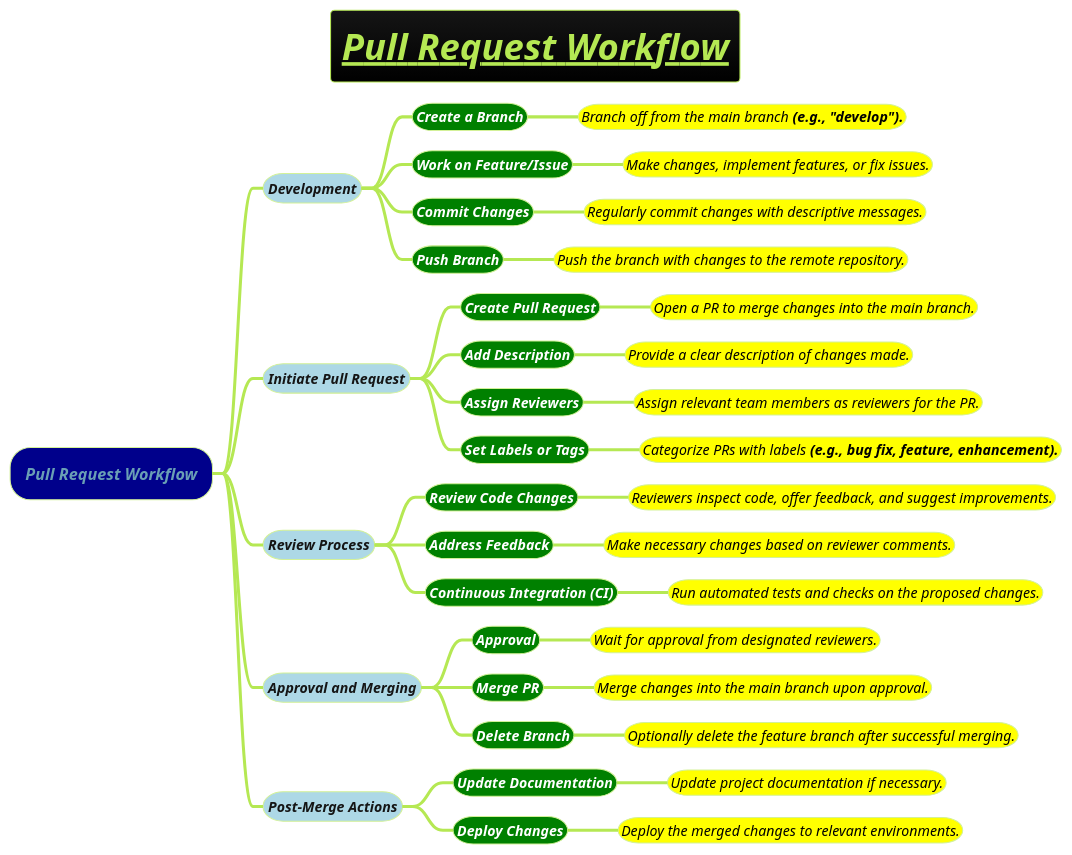
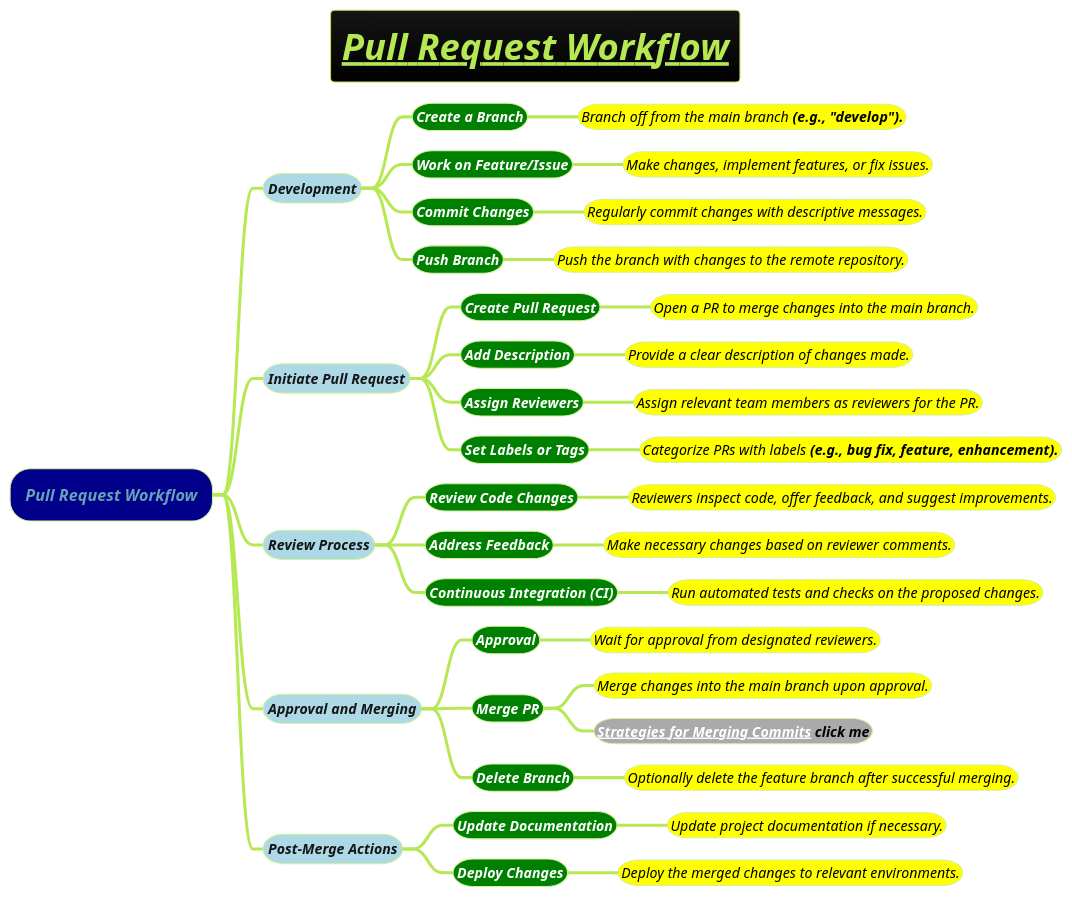
Before and after one commit to MehmoodHashmi/Documentation-as-Code-DaC: the diagram in docs/3-devops/git/Pull-Request-Workflow.puml, drawn with PlantUML. The commit also changed 4 other files, not shown here.

```diff
--- a/docs/3-devops/git/Pull-Request-Workflow.puml
+++ b/docs/3-devops/git/Pull-Request-Workflow.puml
@@ -1,43 +1,45 @@
 @startmindmap
 title =<i><b><u>Pull Request Workflow
 !theme hacker
 
 *[#darkblue] <i>Pull Request Workflow
 **[#lightblue] <i><color #blac><size:14>Development
 ***[#green] <b><i><color #white><size:14>Create a Branch
 ****[#yellow] <i><color #black><size:14>Branch off from the main branch <b>(e.g., "develop").
 ***[#green] <b><i><color #white><size:14>Work on Feature/Issue
 ****[#yellow] <i><color #black><size:14>Make changes, implement features, or fix issues.
 ***[#green] <b><i><color #white><size:14>Commit Changes
 ****[#yellow] <i><color #black><size:14>Regularly commit changes with descriptive messages.
 ***[#green] <b><i><color #white><size:14>Push Branch
 ****[#yellow] <i><color #black><size:14>Push the branch with changes to the remote repository.
 **[#lightblue] <i><color #blac><size:14>Initiate Pull Request
 ***[#green] <b><i><color #white><size:14>Create Pull Request
 ****[#yellow] <i><color #black><size:14>Open a PR to merge changes into the main branch.
 ***[#green] <b><i><color #white><size:14>Add Description
 ****[#yellow] <i><color #black><size:14>Provide a clear description of changes made.
 ***[#green] <b><i><color #white><size:14>Assign Reviewers
 ****[#yellow] <i><color #black><size:14>Assign relevant team members as reviewers for the PR.
 ***[#green] <b><i><color #white><size:14>Set Labels or Tags
 ****[#yellow] <i><color #black><size:14>Categorize PRs with labels <b>(e.g., bug fix, feature, enhancement).
 **[#lightblue] <i><color #blac><size:14>Review Process
 ***[#green] <b><i><color #white><size:14>Review Code Changes
 ****[#yellow] <i><color #black><size:14>Reviewers inspect code, offer feedback, and suggest improvements.
 ***[#green] <b><i><color #white><size:14>Address Feedback
 ****[#yellow] <i><color #black><size:14>Make necessary changes based on reviewer comments.
 ***[#green] <b><i><color #white><size:14>Continuous Integration <b>(CI)
 ****[#yellow] <i><color #black><size:14>Run automated tests and checks on the proposed changes.
 **[#lightblue] <i><color #blac><size:14>Approval and Merging
 ***[#green] <b><i><color #white><size:14>Approval
 ****[#yellow] <i><color #black><size:14>Wait for approval from designated reviewers.
 ***[#green] <b><i><color #white><size:14>Merge PR
 ****[#yellow] <i><color #black><size:14>Merge changes into the main branch upon approval.
+****[#a] <b><i><color #black><size:14>[[docs/3-devops/git/Strategies-for-Merging-Commits.puml Strategies for Merging Commits]] click me
+
 ***[#green] <b><i><color #white><size:14>Delete Branch
 ****[#yellow] <i><color #black><size:14>Optionally delete the feature branch after successful merging.
 **[#lightblue] <i><color #blac><size:14>Post-Merge Actions
 ***[#green] <b><i><color #white><size:14>Update Documentation
 ****[#yellow] <i><color #black><size:14>Update project documentation if necessary.
 ***[#green] <b><i><color #white><size:14>Deploy Changes
 ****[#yellow] <i><color #black><size:14>Deploy the merged changes to relevant environments.
 @endmindmap
```
